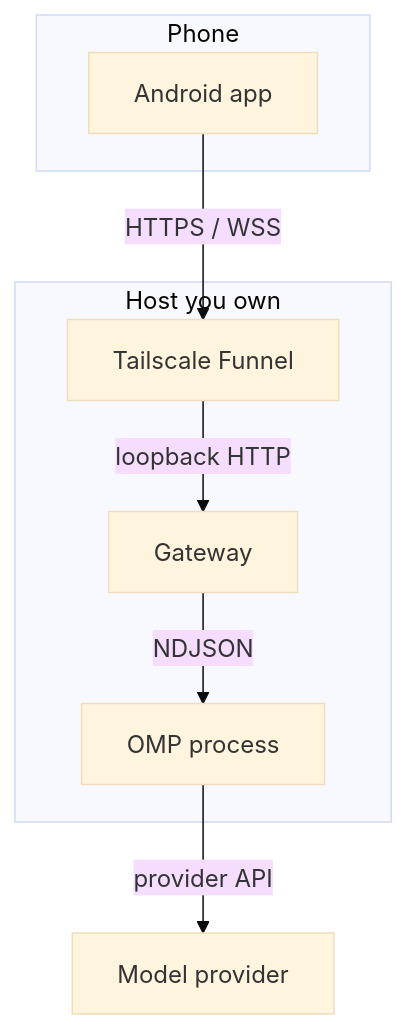
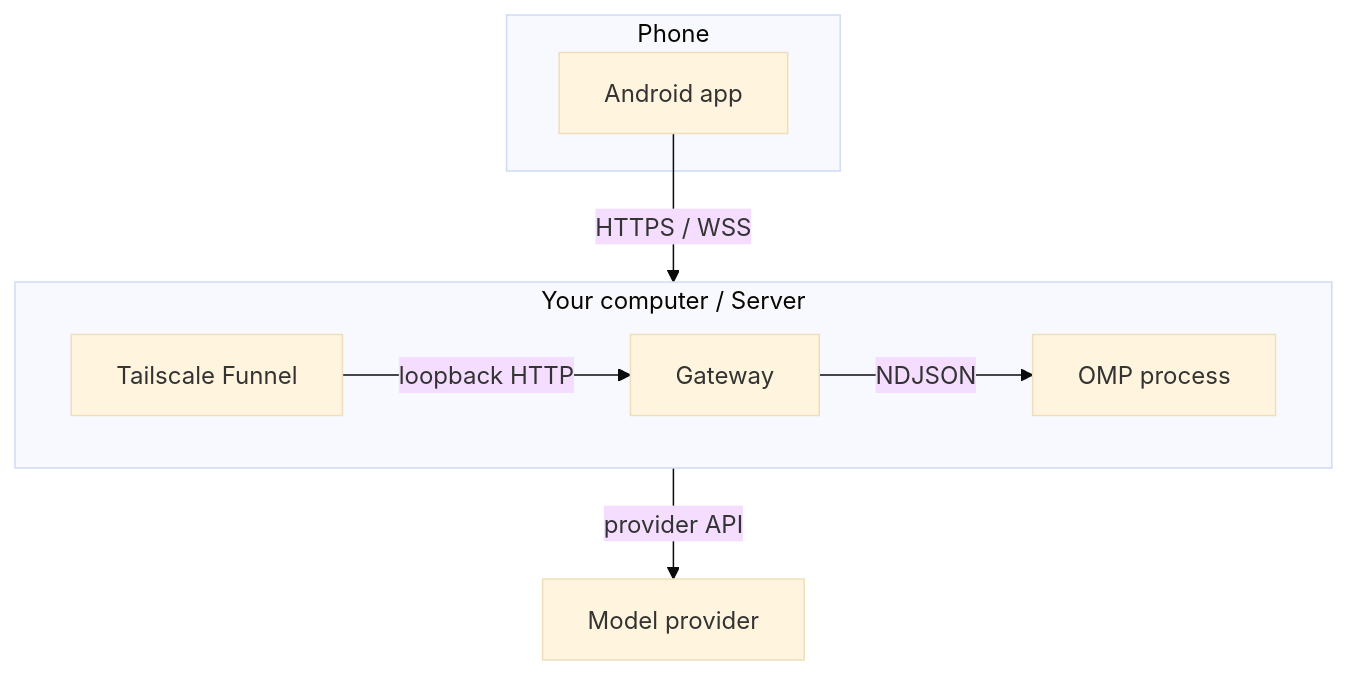
The diagram in README.md (3xian/PinkCollab), drawn with Mermaid (base theme) before and after one commit. The commit also changed other lines of this file, not shown here.

Commit message:
docs: lay the README architecture diagram out horizontally
Rename the host subgraph to "Your computer / Server" and keep Funnel,
Gateway, and OMP on one row. Edges now attach to the subgraph itself,
because mermaid ignores a subgraph's direction once an edge crosses its
boundary.

Also restore the install command to its own line. The website check only
accepts a command at the start of a line, and folding it into the numbered
step broke CI.

````diff
--- a/README.md
+++ b/README.md
@@ -9,16 +9,17 @@
 ```mermaid
 flowchart TD
     subgraph phone [Phone]
         App[Android app]
     end
-    subgraph host [Host you own]
+    subgraph host [Your computer / Server]
+        direction LR
         Funnel[Tailscale Funnel]
         Gateway
         OMP[OMP process]
         Funnel -->|loopback HTTP| Gateway
         Gateway -->|NDJSON| OMP
     end
     Provider[Model provider]
-    App -->|HTTPS / WSS| Funnel
-    OMP -->|provider API| Provider
+    App -->|HTTPS / WSS| host
+    host -->|provider API| Provider
 ```
````
